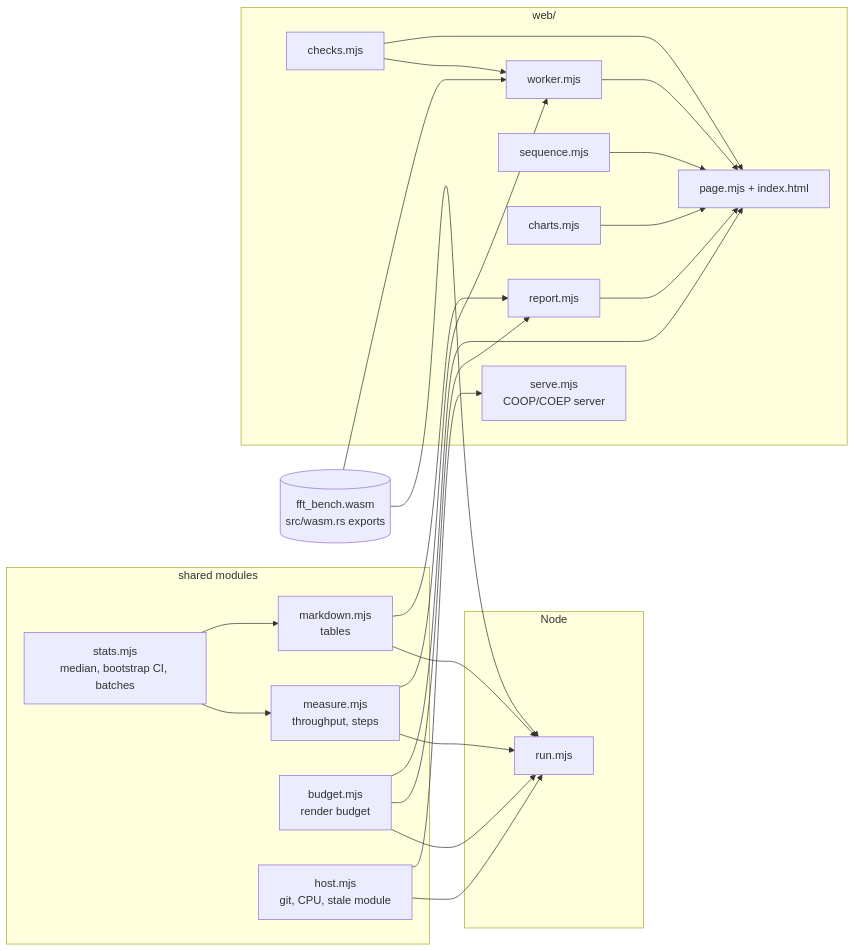
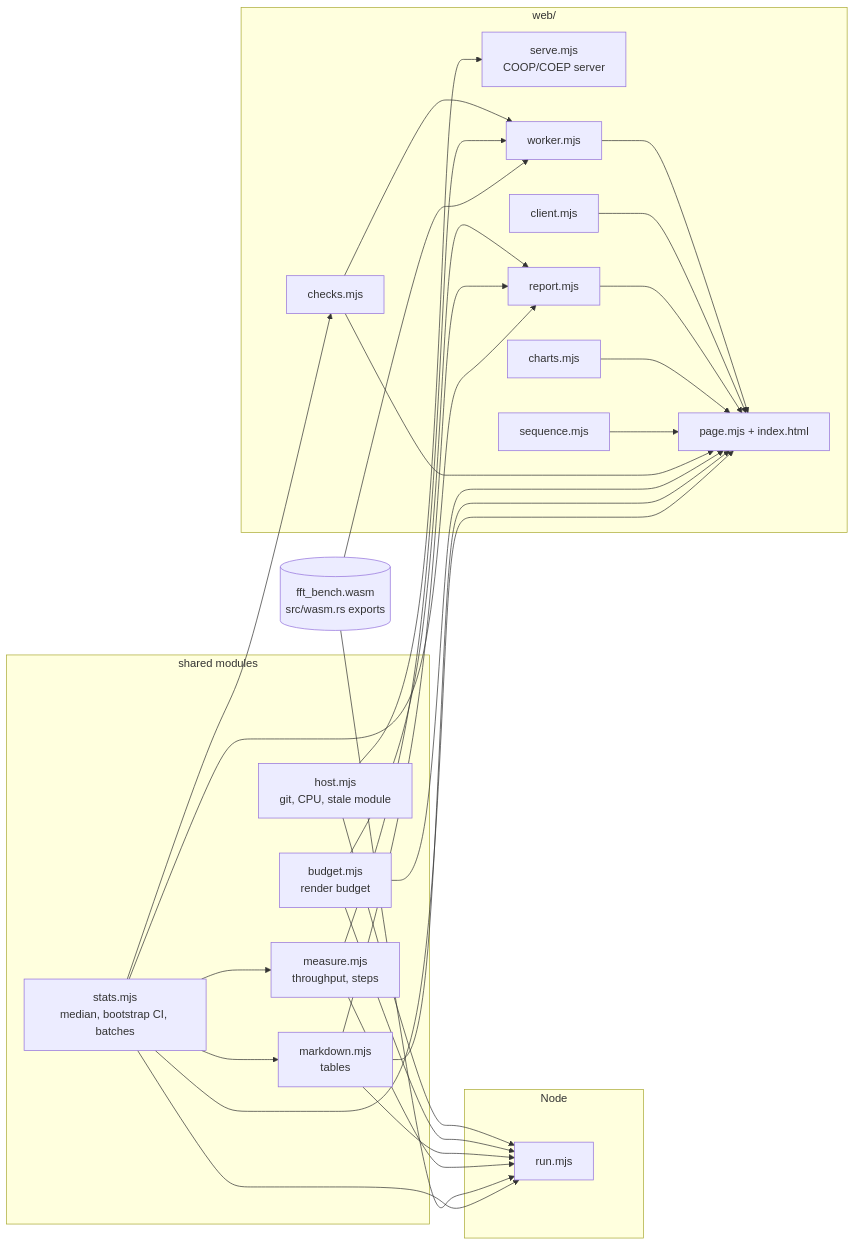
The third of 3 diagrams in crates/fft-bench/docs/architecture.md (BLyndon/openDAW), drawn with Mermaid before and after one commit. The commit also changed other lines of this file and 11 other files, not shown here.

Commit message:
fix(fft-bench): review minors: CI edge cases, header line, server query and port handling, one-line comments, diagram

````diff
--- a/crates/fft-bench/docs/architecture.md
+++ b/crates/fft-bench/docs/architecture.md
@@ -201,42 +201,49 @@
 ```mermaid
 flowchart LR
     module[(fft_bench.wasm<br/>src/wasm.rs exports)]
     subgraph shared[shared modules]
         stats[stats.mjs<br/>median, bootstrap CI, batches]
         measure[measure.mjs<br/>throughput, steps]
         markdown[markdown.mjs<br/>tables]
         budget[budget.mjs<br/>render budget]
         host[host.mjs<br/>git, CPU, stale module]
     end
     subgraph node[Node]
         run[run.mjs]
     end
     subgraph web[web/]
         serve[serve.mjs<br/>COOP/COEP server]
         worker[worker.mjs]
+        client[client.mjs]
         page[page.mjs + index.html]
         checks[checks.mjs]
         sequence[sequence.mjs]
         charts[charts.mjs]
         report[report.mjs]
     end
     stats --> measure
     stats --> markdown
+    stats --> report
+    stats --> checks
+    stats --> page
+    stats --> run
+    markdown --> page
     module --> run
     module --> worker
     measure --> run
     measure --> worker
     markdown --> run
     markdown --> report
     budget --> run
     budget --> report
     budget --> page
     host --> run
     host --> serve
     checks --> worker
     checks --> page
     sequence --> page
     charts --> page
     report --> page
+    client --> page
     worker --> page
 ```
````
